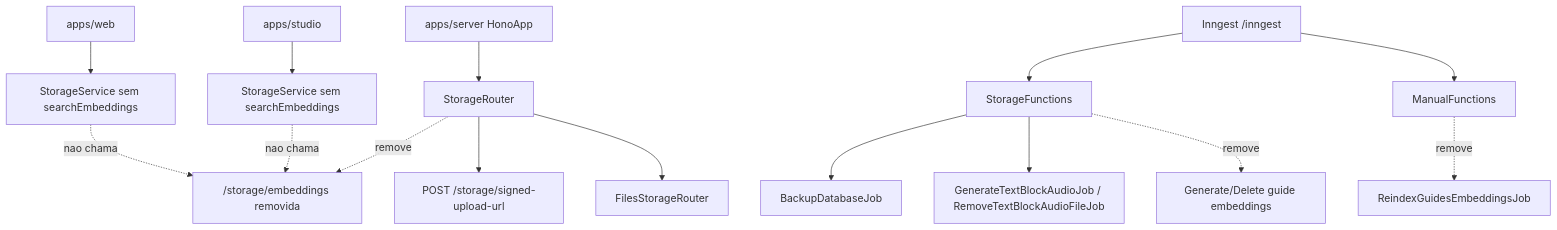
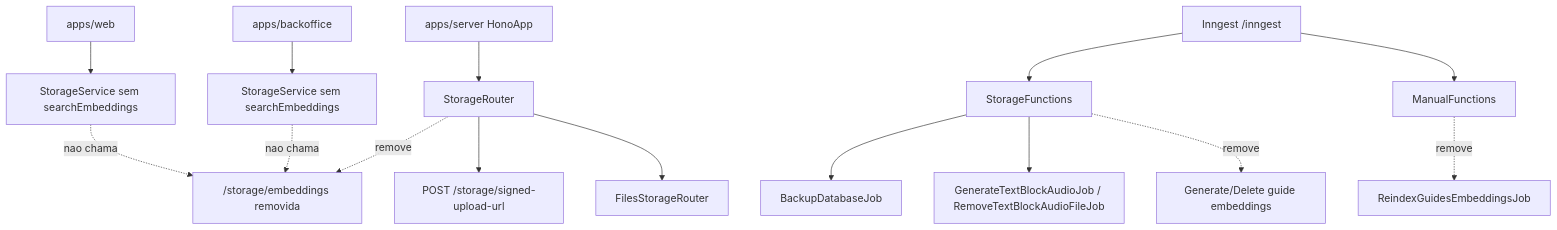
Before and after one commit to JohnPetros/stardust: the diagram in documentation/features/storage/embeddings-management/specs/embeddings-infra-removal-spec.md, drawn with Mermaid. The commit also changed other lines of this file and 33 other files, not shown here.

````diff
--- a/documentation/features/storage/embeddings-management/specs/embeddings-infra-removal-spec.md
+++ b/documentation/features/storage/embeddings-management/specs/embeddings-infra-removal-spec.md
@@ -316,19 +316,19 @@
 ```mermaid
 flowchart TD
   Web["apps/web"] --> StorageServiceWeb["StorageService sem searchEmbeddings"]
-  Studio["apps/studio"] --> StorageServiceStudio["StorageService sem searchEmbeddings"]
+  Studio["apps/backoffice"] --> StorageServiceStudio["StorageService sem searchEmbeddings"]
   StorageServiceWeb -. nao chama .-> RemovedRoute["/storage/embeddings removida"]
   StorageServiceStudio -. nao chama .-> RemovedRoute
 
   Hono["apps/server HonoApp"] --> StorageRouter["StorageRouter"]
   StorageRouter --> SignedUpload["POST /storage/signed-upload-url"]
   StorageRouter --> FilesRouter["FilesStorageRouter"]
   StorageRouter -. remove .-> RemovedRoute
 
   Inngest["Inngest /inngest"] --> StorageFunctions["StorageFunctions"]
   Inngest --> ManualFunctions["ManualFunctions"]
   StorageFunctions --> BackupJob["BackupDatabaseJob"]
   StorageFunctions --> AudioJobs["GenerateTextBlockAudioJob / RemoveTextBlockAudioFileJob"]
   StorageFunctions -. remove .-> GuideEmbeddingJobs["Generate/Delete guide embeddings"]
   ManualFunctions -. remove .-> ReindexJob["ReindexGuidesEmbeddingsJob"]
 ```
````
